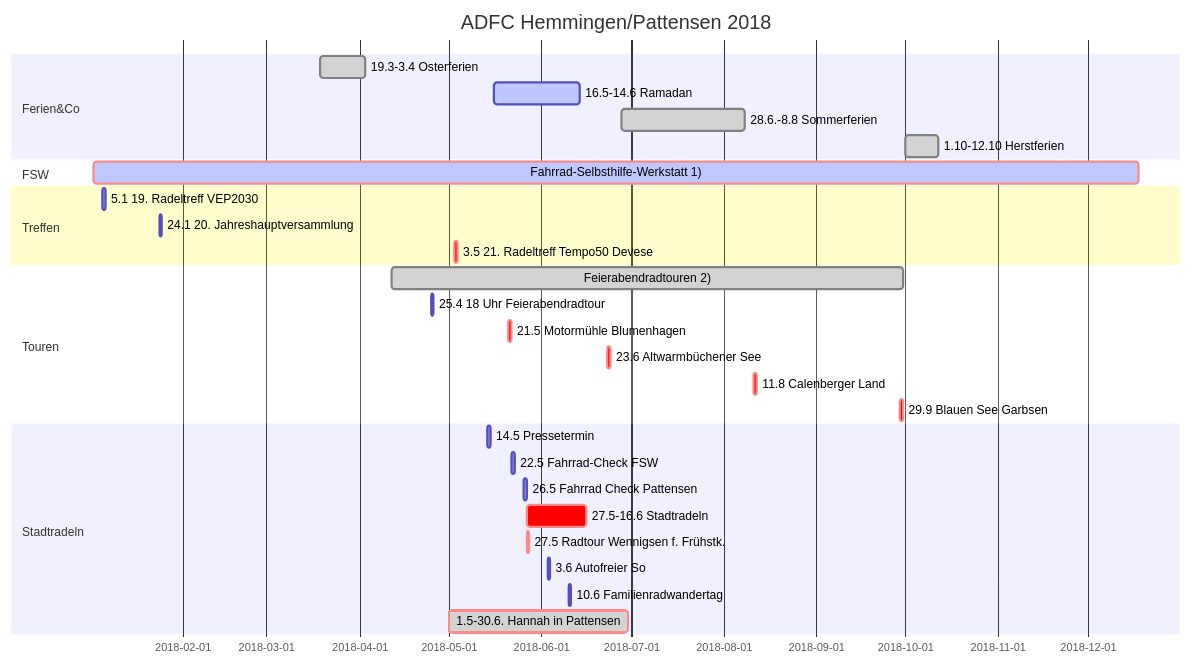
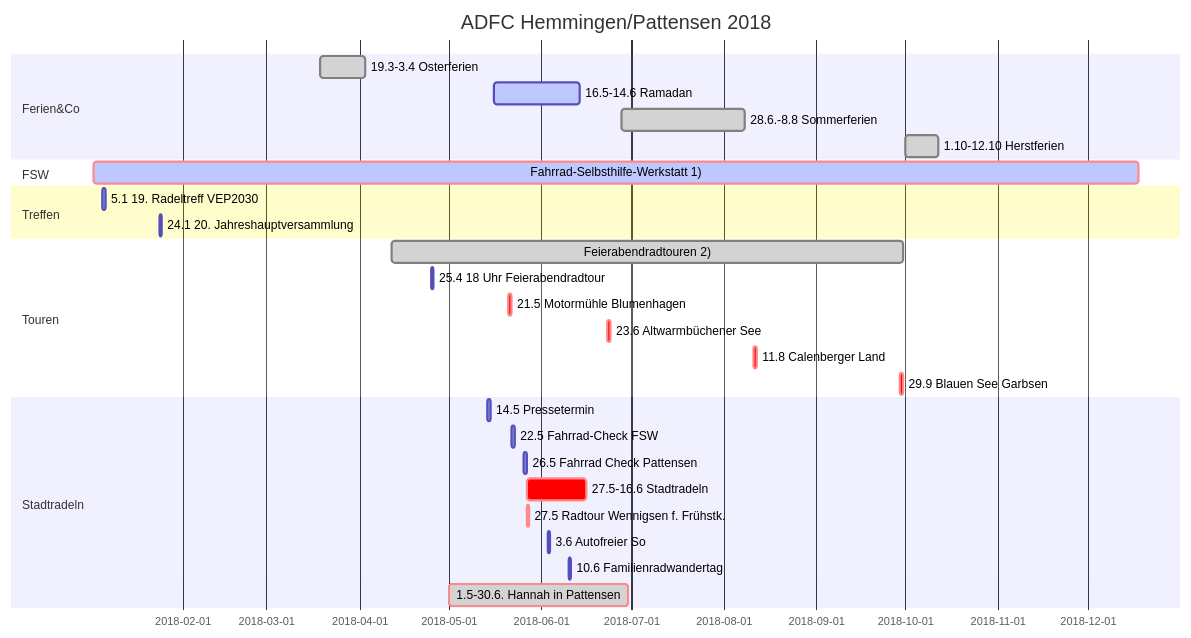
The diagram in index.md (adfc-hemmingen-pattensen/adfc-hemmingen-pattensen.github.io), drawn with Mermaid before and after one commit. The commit also changed other lines of this file and 1 other file, not shown here.

````diff
--- a/index.md
+++ b/index.md
@@ -69,39 +65,38 @@
 ```{.mermaid format=svg  theme=forest caption="ADFC Hemmingen/Pattensen"}
 gantt
   title ADFC Hemmingen/Pattensen 2018
   dateFormat  DD.MM.YY
 
 section Ferien&Co
   19.3-3.4 Osterferien                        :done,        19.03.18, 03.04.18
   16.5-14.6  Ramadan                          :active,done, 16.05.18, 14.06.18
   28.6.-8.8 Sommerferien                      :done,        28.06.18, 08.08.18
   1.10-12.10 Herstferien                      :done,        01.10.18, 12.10.18
 
 section FSW
   Fahrrad-Selbsthilfe-Werkstatt 1)            :crit,active, 02.01.18, 18.12.18
 
 section Treffen
   5.1 19. Radeltreff VEP2030        : 05.01.18, 1d
   24.1 20. Jahreshauptversammlung   : 24.01.18, 1d
-  3.5 21. Radeltreff Tempo50 Devese : crit, 03.05.18, 1d
 
 section Touren
   Feierabendradtouren 2)        :done, 12.04.18, 30.09.18
   25.4 18 Uhr Feierabendradtour :      25.04.18,1d
   21.5 Motormühle Blumenhagen   :crit, 21.05.18,1d
   23.6 Altwarmbüchener See      :crit, 23.06.18,1d
   11.8 Calenberger Land         :crit, 11.08.18,1d
   29.9 Blauen See Garbsen       :crit, 29.09.18,1d
 
 
 section Stadtradeln
   14.5 Pressetermin                           :             14.05.18, 1d
   22.5 Fahrrad-Check FSW                      :             22.05.18, 1d
   26.5 Fahrrad Check Pattensen                :             26.05.18, 1d
   27.5-16.6 Stadtradeln                       : crit,       27.05.18, 16.06.18
   27.5 Radtour Wennigsen f. Frühstk.          : crit,       27.05.18, 1d
   3.6 Autofreier So                           :             03.06.18, 1d
   10.6 Familienradwandertag                   :             10.06.18, 1d
   1.5-30.6.  Hannah in Pattensen              :crit, done,  01.05.18, 30.06.18
 
 ```
````
